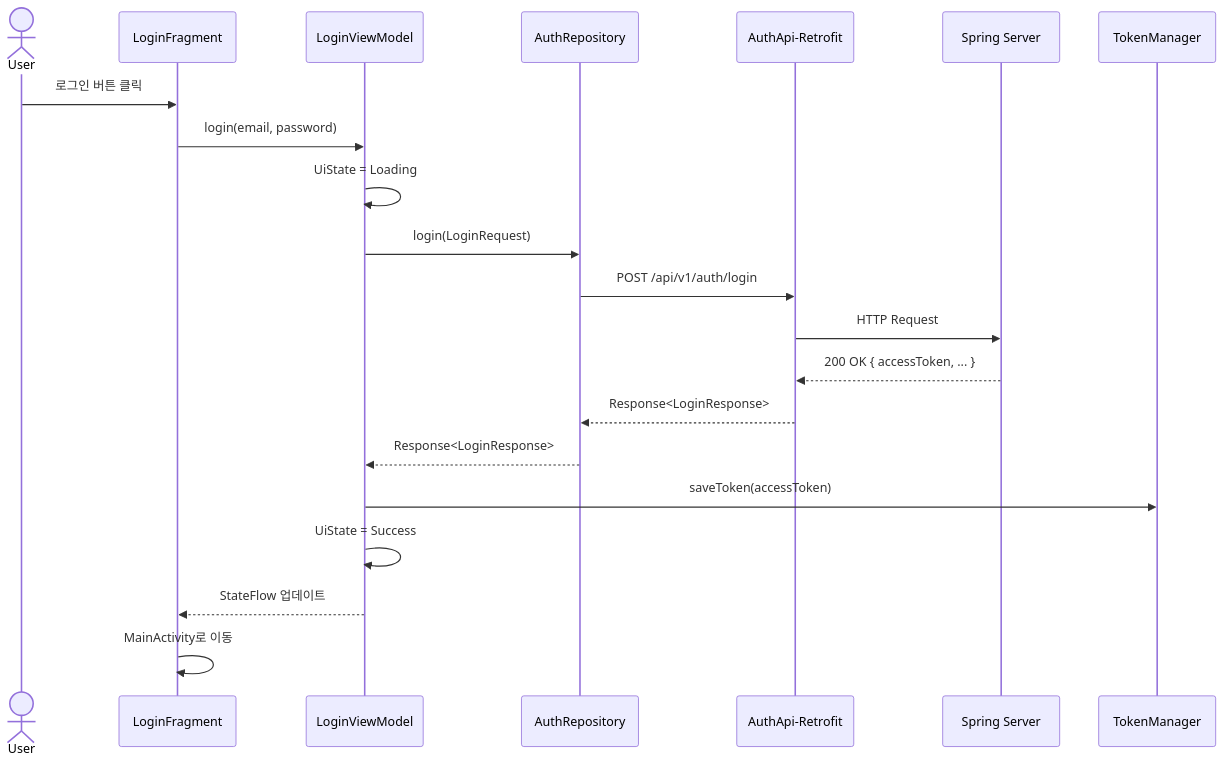
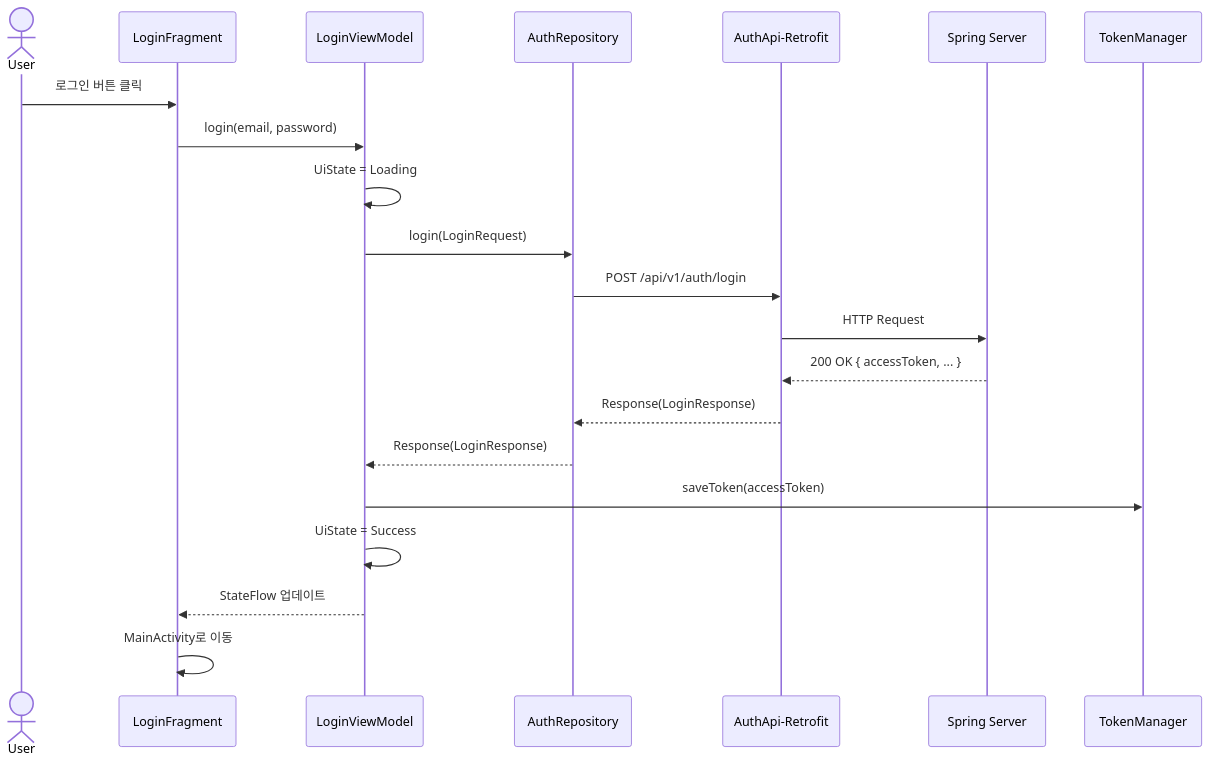
Before and after one commit to JamongFriend/jamongfriend.github.io: the third of 7 diagrams in public/flows/ChatzarFlow.md, drawn with Mermaid. The commit also changed other lines of this file, not shown here.

Commit message:
fix: Mermaid v11 syntax error 수정 (꺾쇠 괄호, 유니코드 화살표, subgraph 라벨)

````diff
--- a/public/flows/ChatzarFlow.md
+++ b/public/flows/ChatzarFlow.md
@@ -116,24 +116,24 @@
 ```mermaid
 sequenceDiagram
     actor User
     participant Fragment as LoginFragment
     participant VM as LoginViewModel
     participant Repo as AuthRepository
     participant API as AuthApi-Retrofit
     participant Server as Spring Server
     participant Token as TokenManager
 
     User->>Fragment: 로그인 버튼 클릭
     Fragment->>VM: login(email, password)
     VM->>VM: UiState = Loading
     VM->>Repo: login(LoginRequest)
     Repo->>API: POST /api/v1/auth/login
     API->>Server: HTTP Request
     Server-->>API: 200 OK { accessToken, ... }
-    API-->>Repo: Response<LoginResponse>
-    Repo-->>VM: Response<LoginResponse>
+    API-->>Repo: Response(LoginResponse)
+    Repo-->>VM: Response(LoginResponse)
     VM->>Token: saveToken(accessToken)
     VM->>VM: UiState = Success
     VM-->>Fragment: StateFlow 업데이트
     Fragment->>Fragment: MainActivity로 이동
 ```
````
